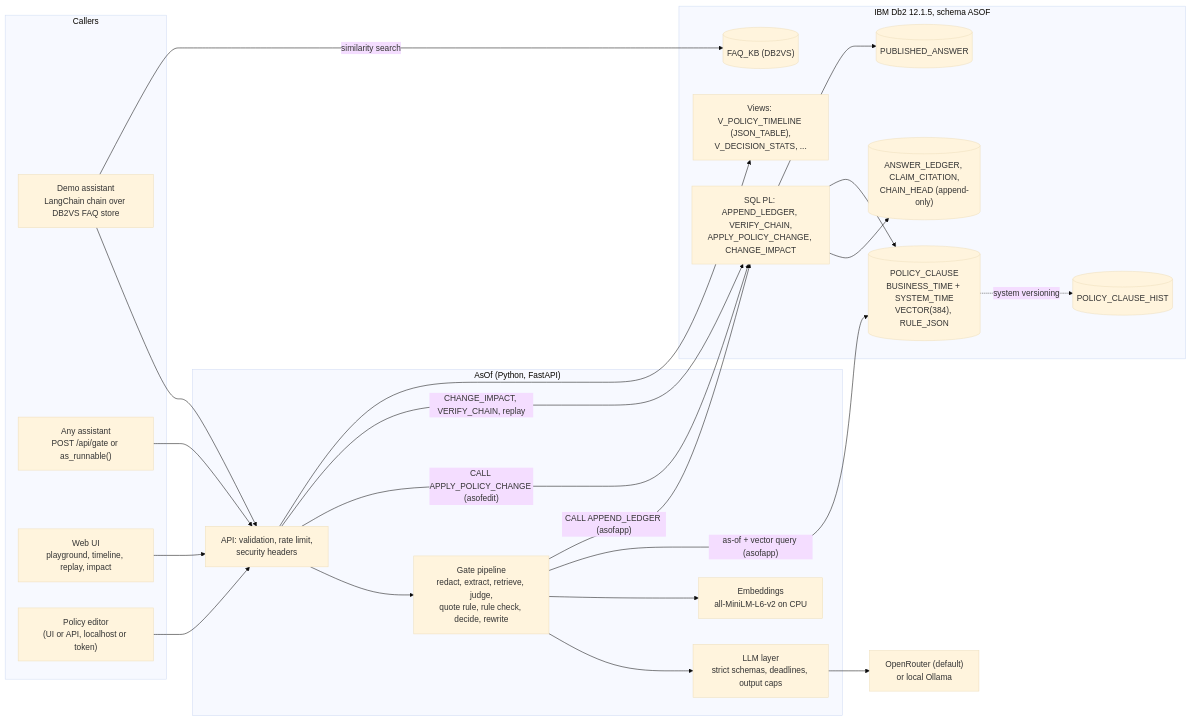
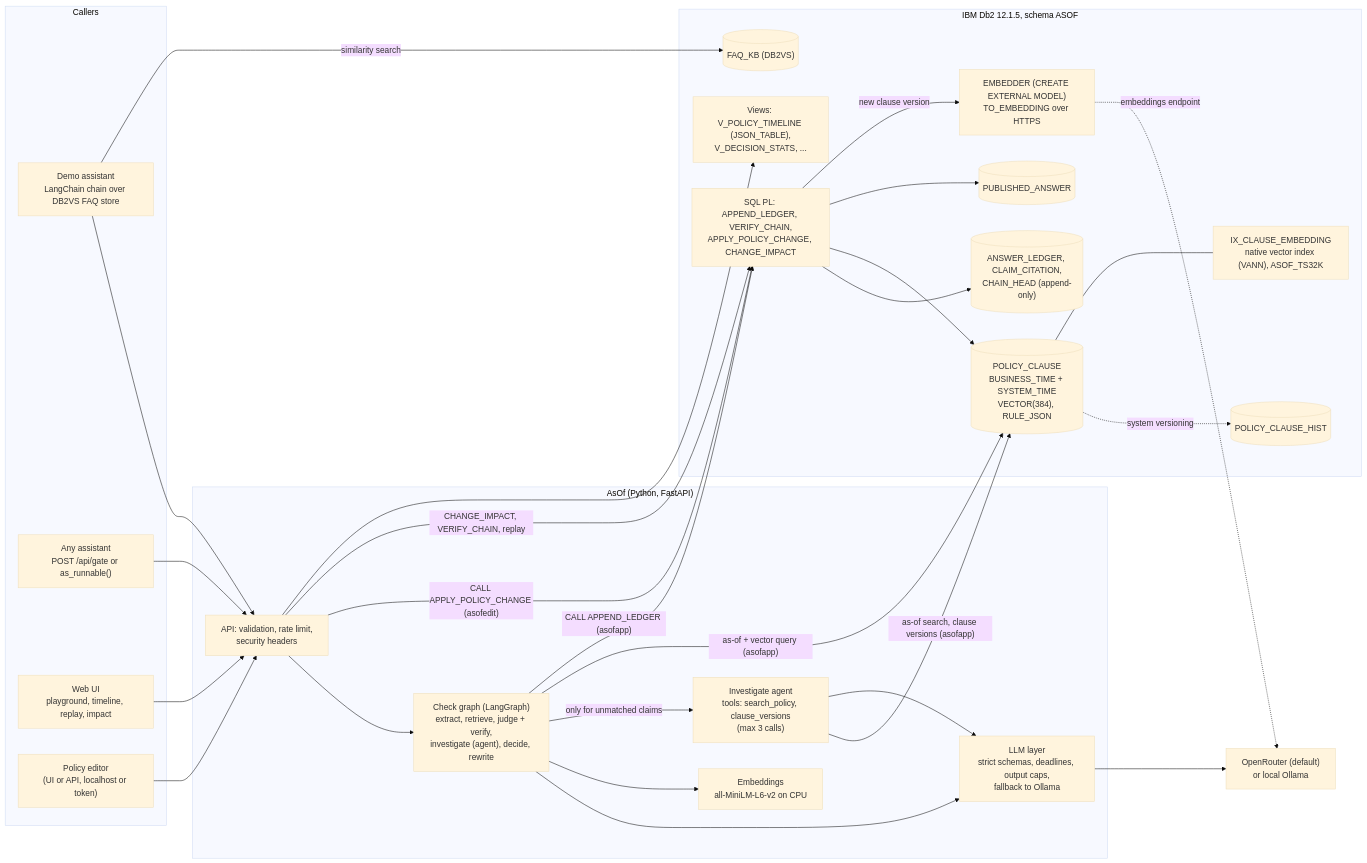
Before and after one commit to KunalGolaIBM/IBM_Db2_TechX_Project_Submission: the first of 3 diagrams in submissions/asof/architecture.md, drawn with Mermaid (base theme). The commit also changed other lines of this file and 4 other files, not shown here.

First line of the commit message:
docs(asof): report the agent's eval runs and document the check graph

````diff
--- a/submissions/asof/architecture.md
+++ b/submissions/asof/architecture.md
@@ -15,46 +15,55 @@
 ```mermaid
 flowchart LR
     subgraph Callers
         BOT["Demo assistant<br/>LangChain chain over DB2VS FAQ store"]
         APP["Any assistant<br/>POST /api/gate or as_runnable()"]
         UI["Web UI<br/>playground, timeline, replay, impact"]
         EDITOR["Policy editor<br/>(UI or API, localhost or token)"]
     end
 
     subgraph AsOf["AsOf (Python, FastAPI)"]
         API["API: validation, rate limit,<br/>security headers"]
-        GATE["Gate pipeline<br/>redact, extract, retrieve, judge,<br/>quote rule, rule check, decide, rewrite"]
-        LLM["LLM layer<br/>strict schemas, deadlines, output caps"]
+        GATE["Check graph (LangGraph)<br/>extract, retrieve, judge + verify,<br/>investigate (agent), decide, rewrite"]
+        AGENT["Investigate agent<br/>tools: search_policy, clause_versions<br/>(max 3 calls)"]
+        LLM["LLM layer<br/>strict schemas, deadlines, output caps,<br/>fallback to Ollama"]
         EMB["Embeddings<br/>all-MiniLM-L6-v2 on CPU"]
     end
 
     PROVIDER["OpenRouter (default)<br/>or local Ollama"]
 
     subgraph DB2["IBM Db2 12.1.5, schema ASOF"]
         PC[("POLICY_CLAUSE<br/>BUSINESS_TIME + SYSTEM_TIME<br/>VECTOR(384), RULE_JSON")]
         HIST[("POLICY_CLAUSE_HIST")]
         LED[("ANSWER_LEDGER, CLAIM_CITATION,<br/>CHAIN_HEAD (append-only)")]
         PUB[("PUBLISHED_ANSWER")]
         FAQ[("FAQ_KB (DB2VS)")]
         PROCS["SQL PL: APPEND_LEDGER, VERIFY_CHAIN,<br/>APPLY_POLICY_CHANGE, CHANGE_IMPACT"]
+        MODEL["EMBEDDER (CREATE EXTERNAL MODEL)<br/>TO_EMBEDDING over HTTPS"]
+        VIDX["IX_CLAUSE_EMBEDDING<br/>native vector index (VANN), ASOF_TS32K"]
         VIEWS["Views: V_POLICY_TIMELINE (JSON_TABLE),<br/>V_DECISION_STATS, ..."]
     end
 
     BOT --> API
     APP --> API
     UI --> API
     EDITOR --> API
     API --> GATE
     GATE --> LLM --> PROVIDER
     GATE --> EMB
+    GATE -- "only for unmatched claims" --> AGENT
+    AGENT -- "as-of search, clause versions (asofapp)" --> PC
+    AGENT --> LLM
     GATE -- "as-of + vector query (asofapp)" --> PC
     GATE -- "CALL APPEND_LEDGER (asofapp)" --> PROCS
     API -- "CALL APPLY_POLICY_CHANGE (asofedit)" --> PROCS
     API -- "CHANGE_IMPACT, VERIFY_CHAIN, replay" --> PROCS
     PROCS --> LED
     PROCS --> PC
     PROCS --> PUB
     PC -. "system versioning" .-> HIST
+    PROCS -- "new clause version" --> MODEL
+    MODEL -. "embeddings endpoint" .-> PROVIDER
+    PC --- VIDX
     BOT -- "similarity search" --> FAQ
     API --> VIEWS
 ```
````
